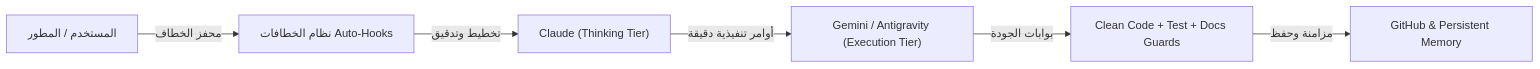
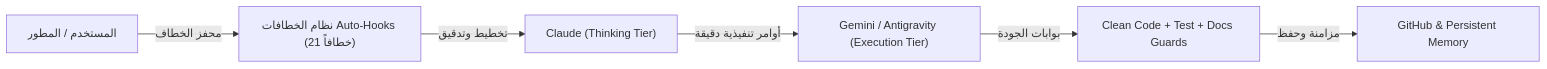
The diagram in PROJECT_CONTEXT.md (ibrahimalkateb965-tech/Claude-Antigravity-Workspace), drawn with Mermaid before and after one commit. The commit also changed other lines of this file and 12 other files, not shown here.

````diff
--- a/PROJECT_CONTEXT.md
+++ b/PROJECT_CONTEXT.md
@@ -87,8 +91,8 @@
 ```mermaid
 flowchart LR
-    A["المستخدم / المطور"] -->|محفز الخطاف| B["نظام الخطافات Auto-Hooks"]
+    A["المستخدم / المطور"] -->|محفز الخطاف| B["نظام الخطافات Auto-Hooks (21 خطافاً)"]
     B -->|تخطيط وتدقيق| C["Claude (Thinking Tier)"]
     C -->|أوامر تنفيذية دقيقة| D["Gemini / Antigravity (Execution Tier)"]
     D -->|بوابات الجودة| E["Clean Code + Test + Docs Guards"]
     E -->|مزامنة وحفظ| F["GitHub & Persistent Memory"]
 ```
````
